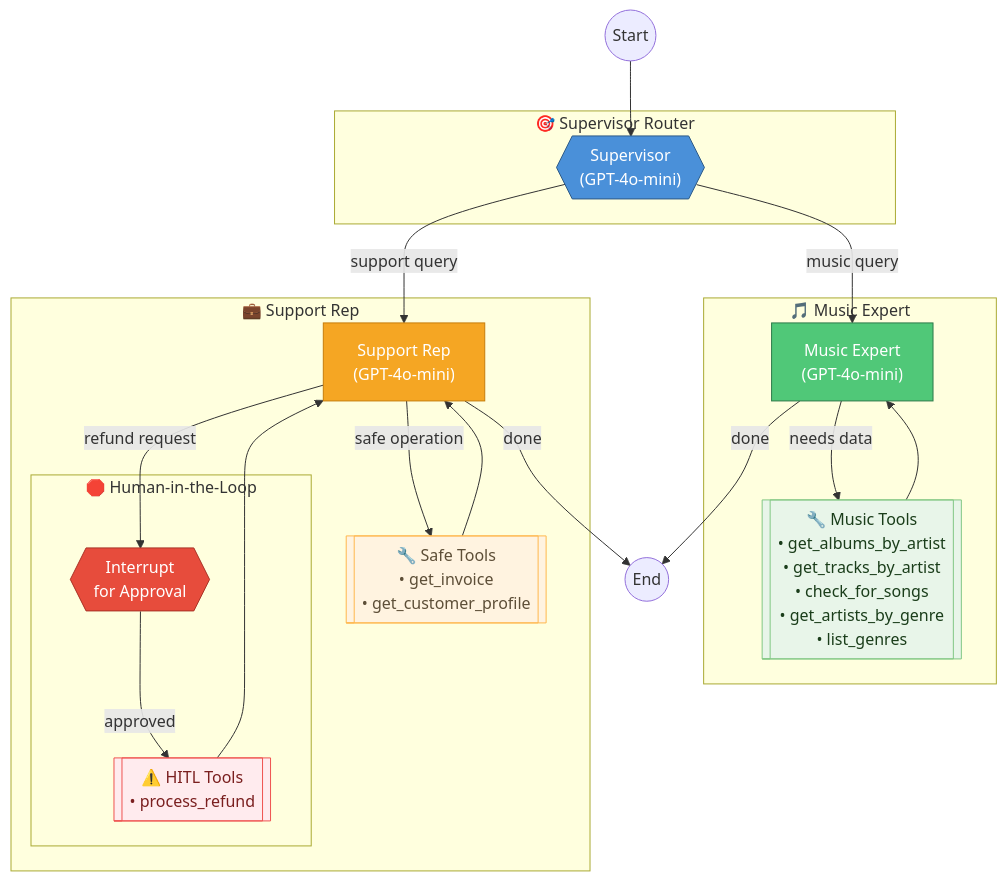
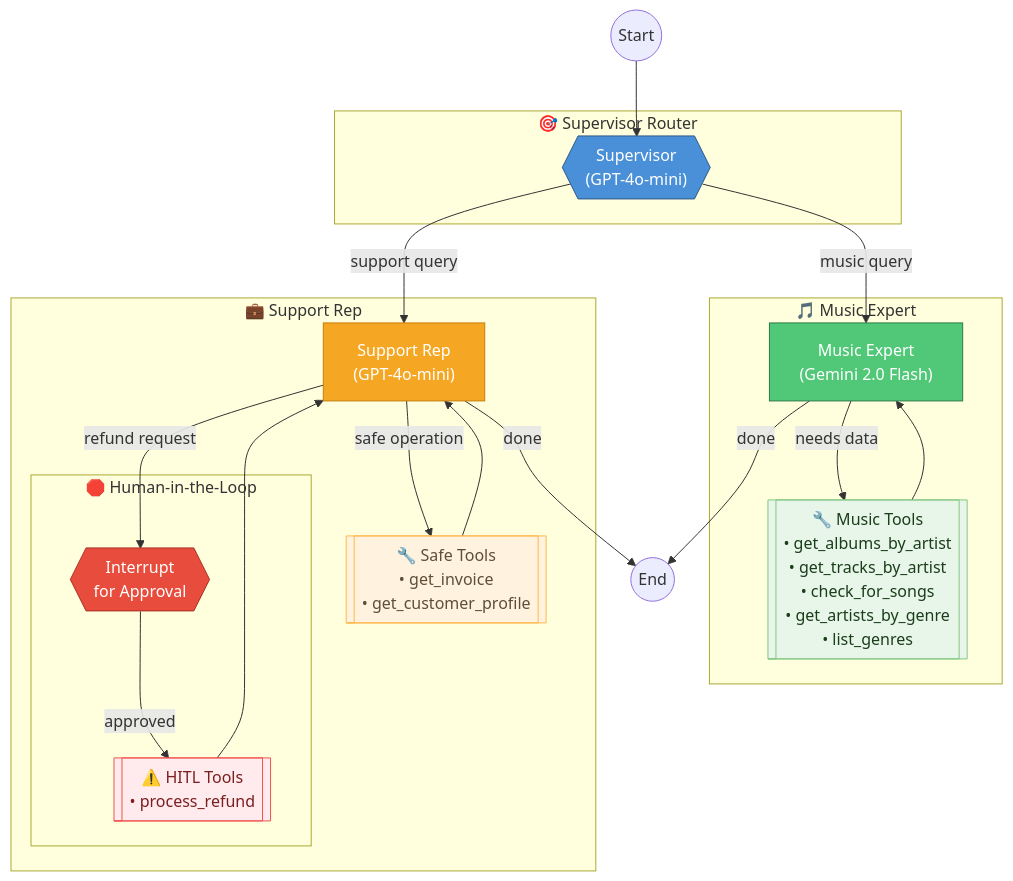
The diagram in README.md (scarolan/music_store_assistant), drawn with Mermaid before and after one commit. The commit also changed other lines of this file and 4 other files, not shown here.

First line of the commit message:
feat: Set Gemini 2.0 Flash as default for Music Expert

````diff
--- a/README.md
+++ b/README.md
@@ -9,46 +9,46 @@
 ```mermaid
 flowchart TD
     Start((Start)) --> supervisor
 
     subgraph Routing["🎯 Supervisor Router"]
         supervisor{{"Supervisor<br/>(GPT-4o-mini)"}}
     end
 
     supervisor -->|"music query"| music_expert
     supervisor -->|"support query"| support_rep
 
     subgraph Music["🎵 Music Expert"]
-        music_expert["Music Expert<br/>(GPT-4o-mini)"]
+        music_expert["Music Expert<br/>(Gemini 2.0 Flash)"]
         music_tools[["🔧 Music Tools<br/>• get_albums_by_artist<br/>• get_tracks_by_artist<br/>• check_for_songs<br/>• get_artists_by_genre<br/>• list_genres"]]
         music_expert -->|"needs data"| music_tools
         music_tools --> music_expert
     end
 
     subgraph Support["💼 Support Rep"]
         support_rep["Support Rep<br/>(GPT-4o-mini)"]
         support_tools[["🔧 Safe Tools<br/>• get_invoice<br/>• get_customer_profile"]]
         refund_tools[["⚠️ HITL Tools<br/>• process_refund"]]
         
         support_rep -->|"safe operation"| support_tools
         support_rep -->|"refund request"| hitl
         support_tools --> support_rep
         
         subgraph HITL["🛑 Human-in-the-Loop"]
             hitl{{"Interrupt<br/>for Approval"}}
             hitl -->|"approved"| refund_tools
         end
         
         refund_tools --> support_rep
     end
 
     music_expert -->|"done"| End((End))
     support_rep -->|"done"| End
 
     style supervisor fill:#4a90d9,stroke:#2d5a87,color:#fff
     style music_expert fill:#50c878,stroke:#2d7a4a,color:#fff
     style support_rep fill:#f5a623,stroke:#c77d0a,color:#fff
     style hitl fill:#e74c3c,stroke:#a93226,color:#fff
     style music_tools fill:#e8f5e9,stroke:#81c784,color:#1a3d1a
     style support_tools fill:#fff3e0,stroke:#ffb74d,color:#5d4e37
     style refund_tools fill:#ffebee,stroke:#ef5350,color:#7a1f1f
 ```
````
